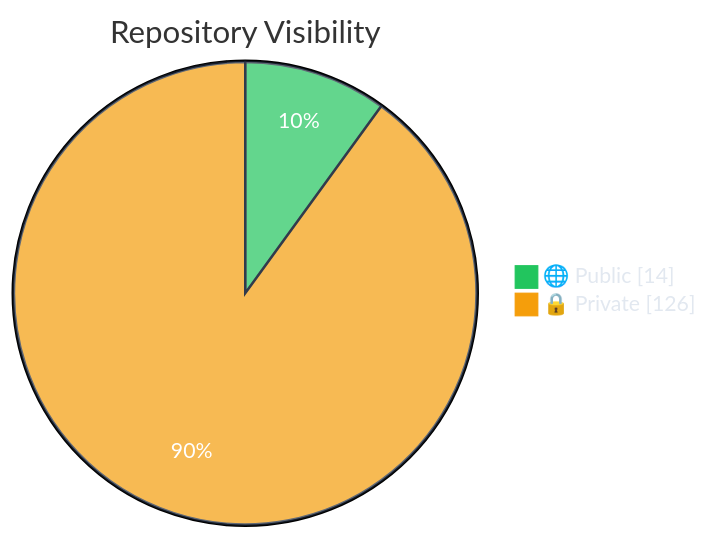
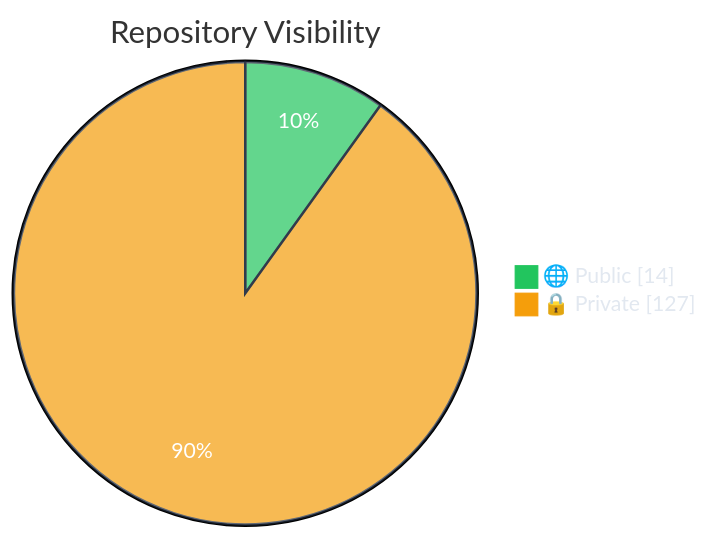
The first of 7 diagrams in README.md (polo-nyan/polo-nyan), drawn with Mermaid before and after one commit. The commit also changed other lines of this file and 1 other file, not shown here.

````diff
--- a/README.md
+++ b/README.md
@@ -83,7 +83,7 @@
 ```mermaid
 %%{init: {"theme": "base", "themeVariables": { "pie1": "#22c55e", "pie2": "#f59e0b", "pie3": "#3b82f6", "pie4": "#ec4899", "pieTextColor": "#ffffff", "pieLegendTextColor": "#e2e8f0", "pieSectionTextColor": "#ffffff", "pieStrokeColor": "#1e293b" }}}%%
 pie showData
     title Repository Visibility
     "🌐 Public" : 14
-    "🔒 Private" : 126
+    "🔒 Private" : 127
 ```
````
